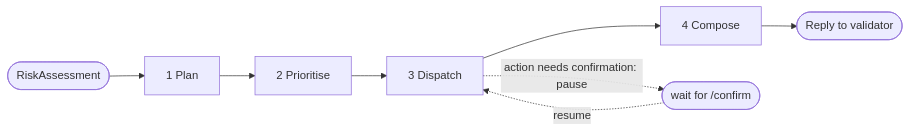
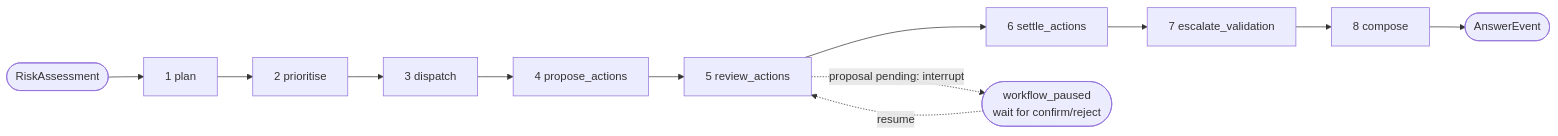
The second of 4 diagrams in docs/system-architecture.md (deniseLie/IS4000_Group7), drawn with Mermaid before and after one commit. The commit also changed other lines of this file, not shown here.

Commit message:
docs: describe the system architecture as built and list differences from v3.1

````diff
--- a/docs/system-architecture.md
+++ b/docs/system-architecture.md
@@ -213,5 +240,5 @@
 ```mermaid
 flowchart LR
-  IN(["RiskAssessment"]) --> P["1 Plan"] --> R["2 Prioritise"] --> D["3 Dispatch"] --> C["4 Compose"] --> OUT(["Reply to validator"])
-  D -. "action needs confirmation: pause" .-> W(["wait for /confirm"]) -. resume .-> D
+  IN(["RiskAssessment"]) --> P["1 plan"] --> R["2 prioritise"] --> D["3 dispatch"] --> PA["4 propose_actions"] --> RA["5 review_actions"] --> SA["6 settle_actions"] --> EV["7 escalate_validation"] --> C["8 compose"] --> OUT(["AnswerEvent"])
+  RA -. "proposal pending: interrupt" .-> W(["workflow_paused<br/>wait for confirm/reject"]) -. "resume" .-> RA
 ```
````
